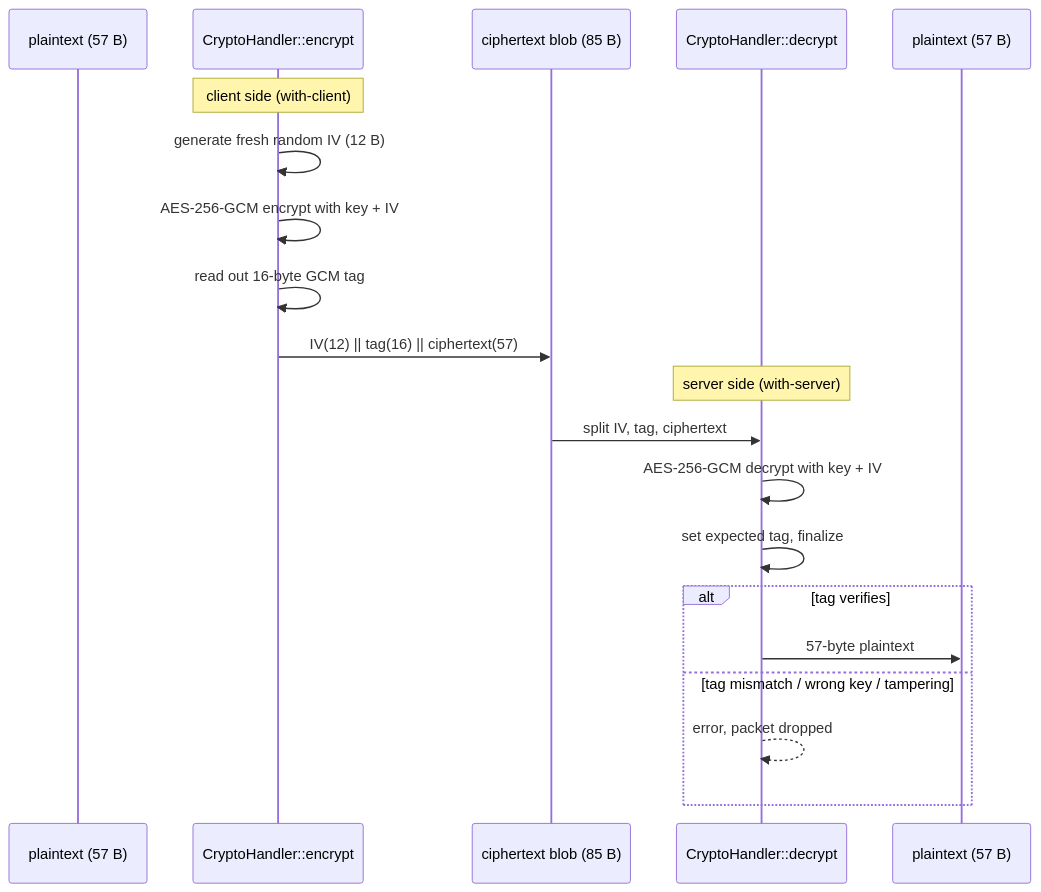
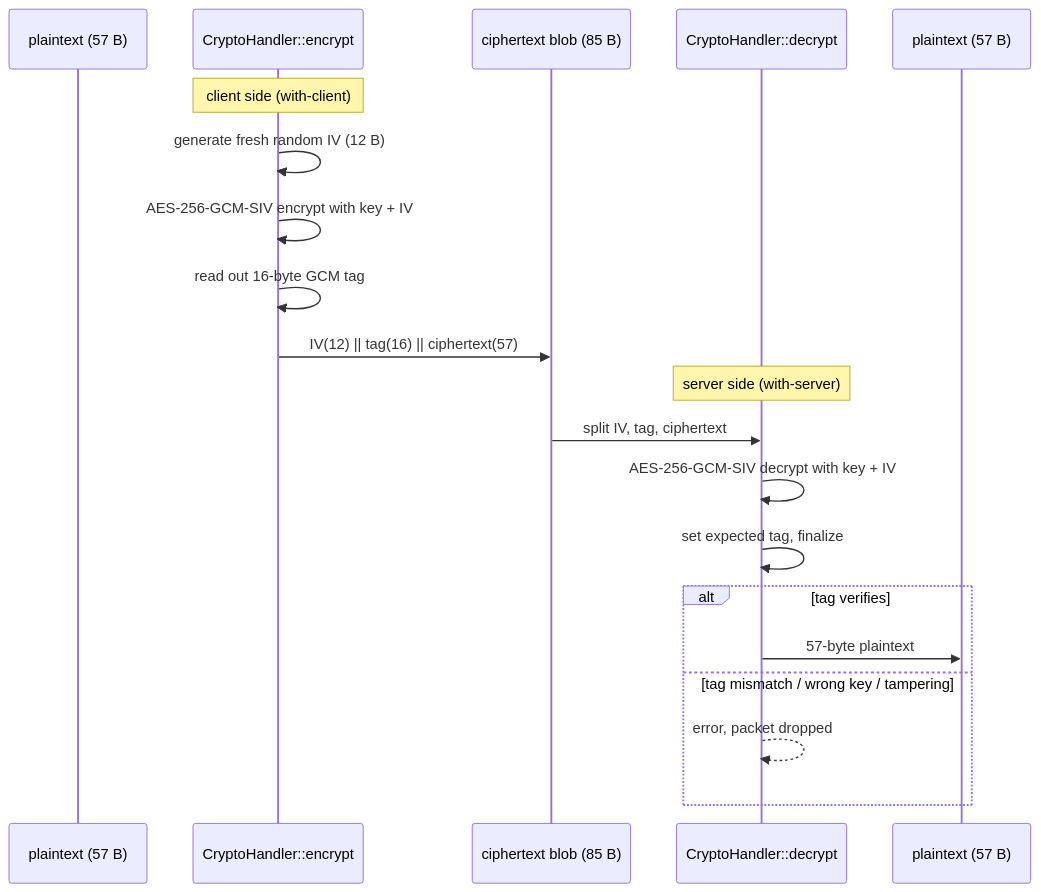
One commit to yonasBSD/ruroco changed the second of 2 diagrams in docs/src/architecture/cryptography.md. Above: the diagram before and after it, drawn with Mermaid. The commit also changed other lines of this file and 17 other files, not shown here.

Commit message:
switch to AES-256-GCM-SIV - see comments I you want to know why

````diff
--- a/docs/src/architecture/cryptography.md
+++ b/docs/src/architecture/cryptography.md
@@ -44,24 +45,24 @@
 ```mermaid
 sequenceDiagram
     participant P as plaintext (57 B)
     participant E as CryptoHandler::encrypt
     participant Blob as ciphertext blob (85 B)
     participant D as CryptoHandler::decrypt
     participant Out as plaintext (57 B)
 
     Note over E: client side (with-client)
     E->>E: generate fresh random IV (12 B)
-    E->>E: AES-256-GCM encrypt with key + IV
+    E->>E: AES-256-GCM-SIV encrypt with key + IV
     E->>E: read out 16-byte GCM tag
     E->>Blob: IV(12) || tag(16) || ciphertext(57)
 
     Note over D: server side (with-server)
     Blob->>D: split IV, tag, ciphertext
-    D->>D: AES-256-GCM decrypt with key + IV
+    D->>D: AES-256-GCM-SIV decrypt with key + IV
     D->>D: set expected tag, finalize
     alt tag verifies
         D->>Out: 57-byte plaintext
     else tag mismatch / wrong key / tampering
         D-->>D: error, packet dropped
     end
 ```
````
